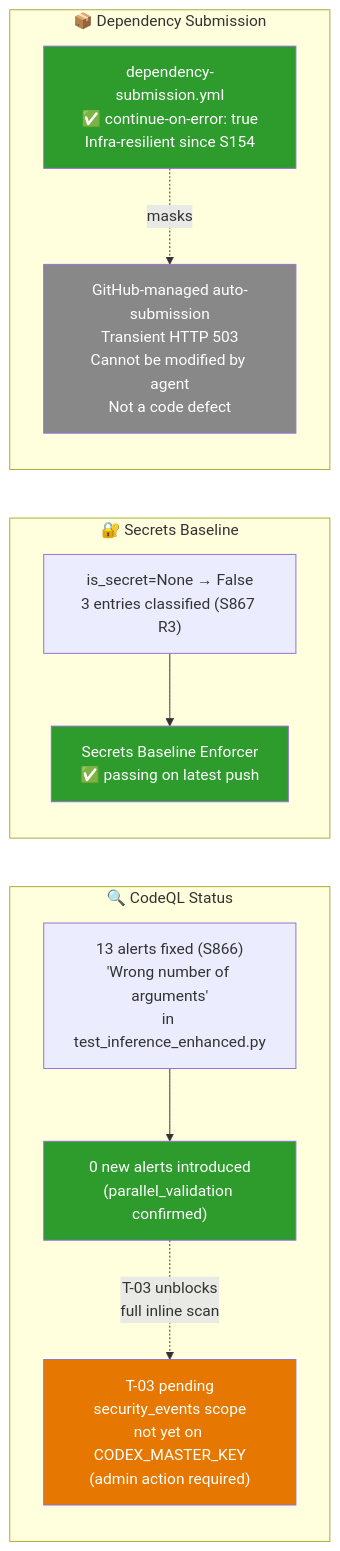
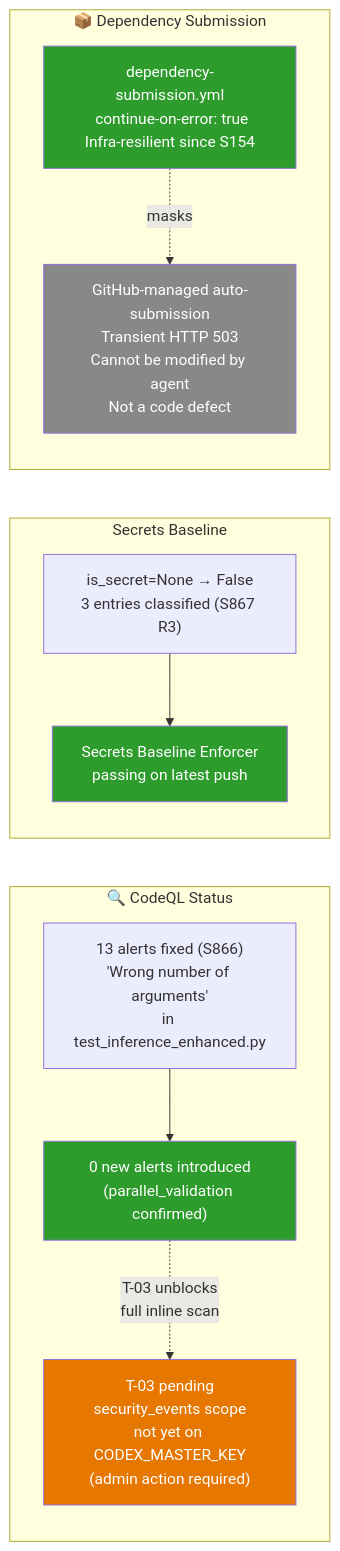
Before and after one commit to Aries-Serpent/_codex_: the third of 9 diagrams in docs/plans/PR4356_session_diagram.md, drawn with Mermaid. The commit also changed other lines of this file and 2029 other files, not shown here.

````diff
--- a/docs/plans/PR4356_session_diagram.md
+++ b/docs/plans/PR4356_session_diagram.md
@@ -121,30 +123,30 @@
 ```mermaid
 %%{init: {'accessibility': {'title': 'Flowchart showing "🔍 CodeQL Status", "13 alerts fixed (S866)\n'Wrong number of arguments'\nin test_inference_enhanced.py"'}}%%
 graph LR
     subgraph CODEQL["🔍 CodeQL Status"]
         A1["13 alerts fixed (S866)\n'Wrong number of arguments'\nin test_inference_enhanced.py"]
         A2["0 new alerts introduced\n(parallel_validation confirmed)"]
         A3["T-03 pending\nsecurity_events scope\nnot yet on CODEX_MASTER_KEY\n(admin action required)"]
     end
 
-    subgraph SECRETS["🔐 Secrets Baseline"]
+    subgraph SECRETS[" Secrets Baseline"]
         S1["is_secret=None → False\n3 entries classified (S867 R3)"]
-        S2["Secrets Baseline Enforcer\n✅ passing on latest push"]
+        S2["Secrets Baseline Enforcer\n passing on latest push"]
     end
 
     subgraph DEPS["📦 Dependency Submission"]
-        D1["dependency-submission.yml\n✅ continue-on-error: true\nInfra-resilient since S154"]
+        D1["dependency-submission.yml\n continue-on-error: true\nInfra-resilient since S154"]
         D2["GitHub-managed auto-submission\nTransient HTTP 503\nCannot be modified by agent\nNot a code defect"]
     end
 
     A1 --> A2
     A2 -.->|"T-03 unblocks\nfull inline scan"| A3
     S1 --> S2
     D1 -.->|"masks"| D2
 
     style A2 fill:#2d9c2d,color:#fff
     style S2 fill:#2d9c2d,color:#fff
     style D1 fill:#2d9c2d,color:#fff
     style A3 fill:#e67700,color:#fff
     style D2 fill:#888,color:#fff
 ```
````
